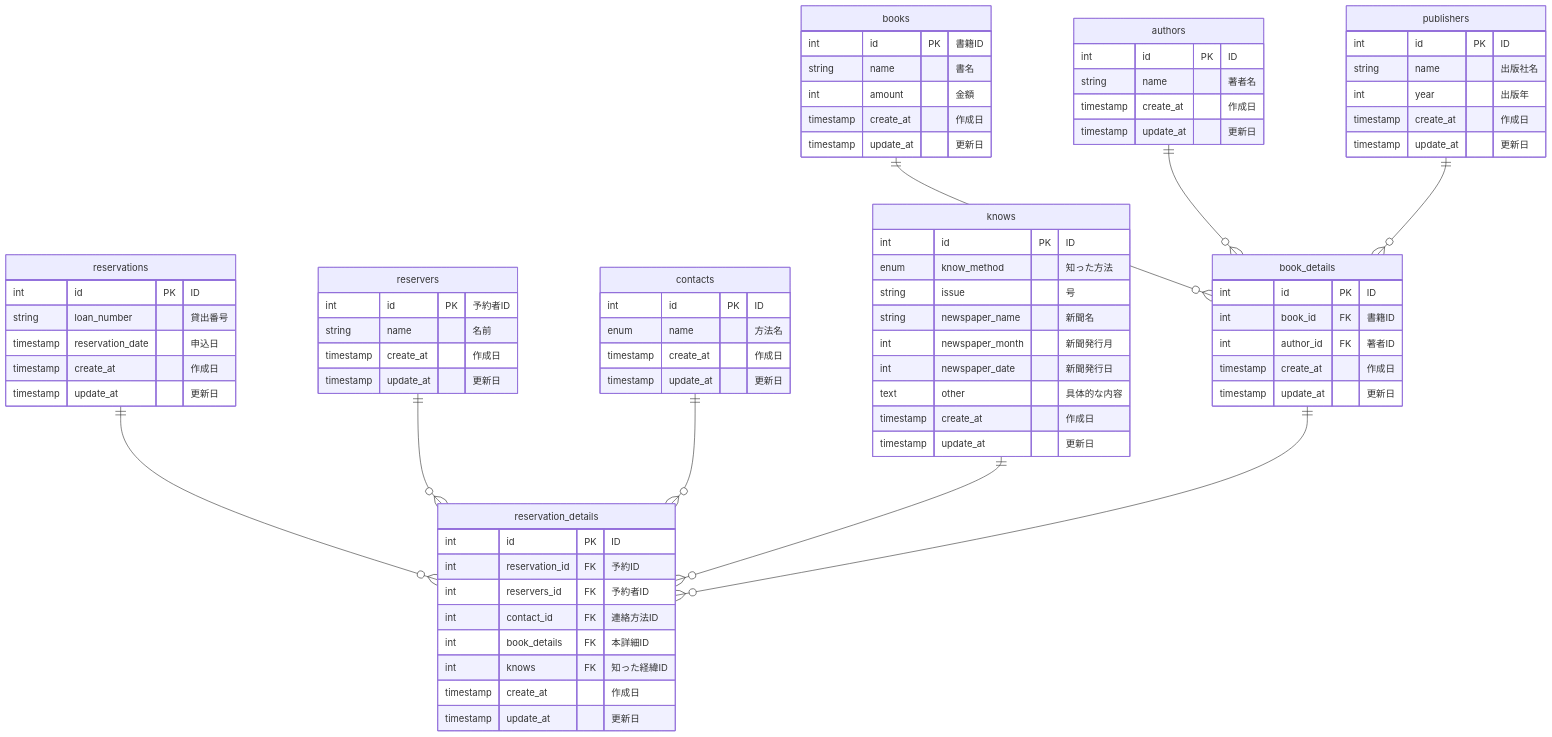
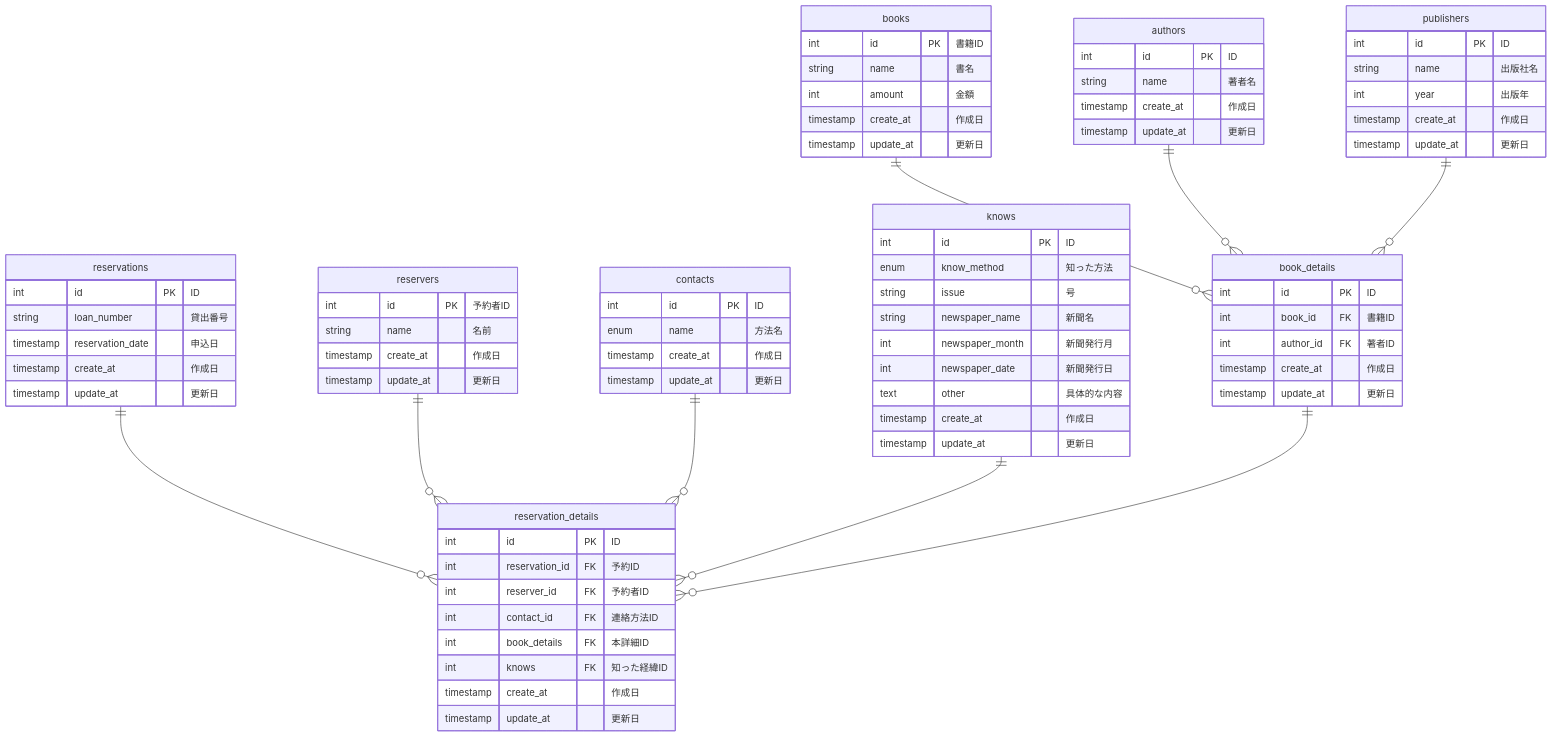
Before and after one commit to kubo-work/ER-Lesson: the diagram in 3-2.md, drawn with Mermaid. The commit also changed 1 other file, not shown here.

Commit message:
FKのキーが複数形になっているものを単数系に変更

```diff
--- a/3-2.md
+++ b/3-2.md
@@ -13,7 +13,7 @@
         reservation_details {
             int id PK "ID"
             int reservation_id FK "予約ID"
-            int reservers_id FK "予約者ID"
+            int reserver_id FK "予約者ID"
             int contact_id FK "連絡方法ID"
             int book_details FK "本詳細ID"
             int knows FK "知った経緯ID"
```
